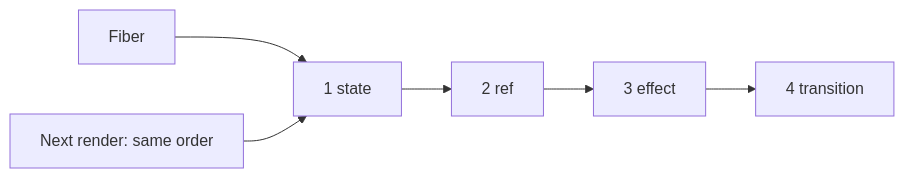
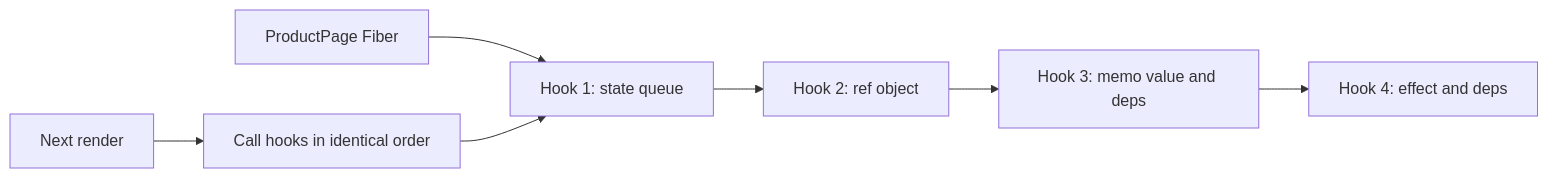
Before and after one commit to AbhishekDhone7/javascript-git-basics: diagram 22 of 50 in frontend.md, drawn with Mermaid. The commit also changed other lines of this file, not shown here.

````diff
--- a/frontend.md
+++ b/frontend.md
@@ -1935,8 +1955,9 @@
 ```mermaid
 flowchart LR
- F[Fiber] --> H1[1 state]
- H1 --> H2[2 ref]
- H2 --> H3[3 effect]
- H3 --> H4[4 transition]
- N[Next render: same order] --> H1
+	F[ProductPage Fiber] --> H1[Hook 1: state queue]
+	H1 --> H2[Hook 2: ref object]
+	H2 --> H3[Hook 3: memo value and deps]
+	H3 --> H4[Hook 4: effect and deps]
+	N[Next render] --> O[Call hooks in identical order]
+	O --> H1
 ```
````
